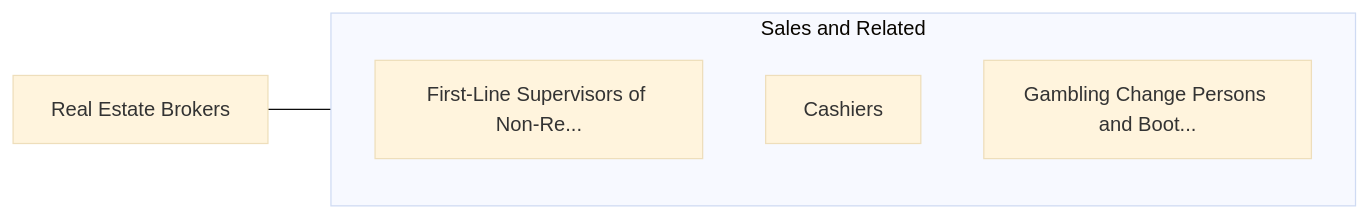
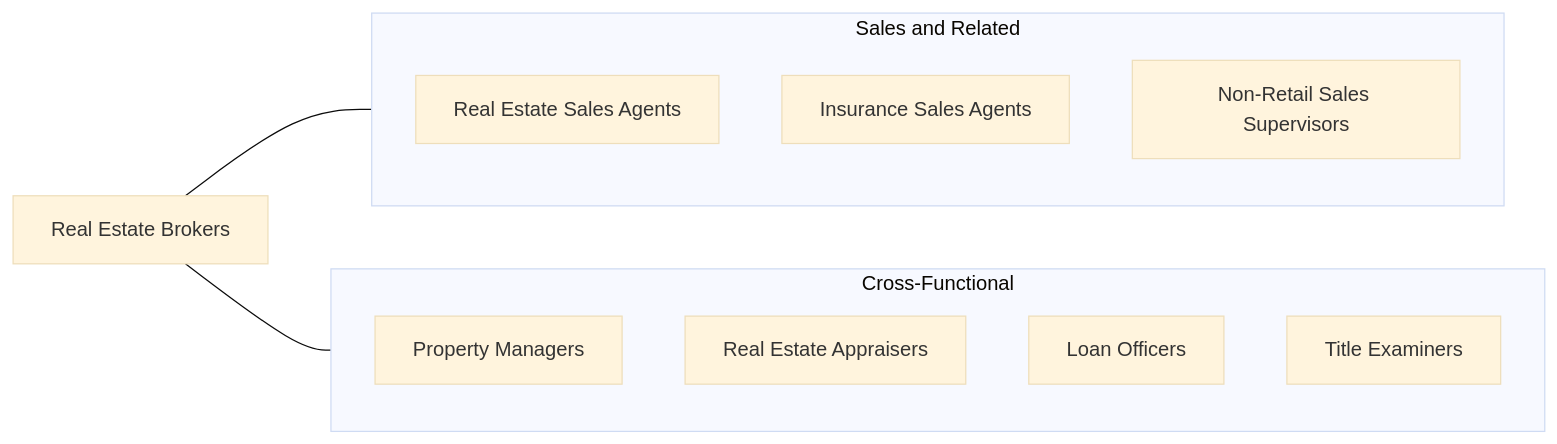
One commit to kziemski/business.org.ai changed the fourth of 4 diagrams in occupations/Sales/RealEstateBrokers.mdx. Above: the diagram before and after it, drawn with Mermaid (base theme). The commit also changed other lines of this file and 938 other files, not shown here.

````diff
--- a/occupations/Sales/RealEstateBrokers.mdx
+++ b/occupations/Sales/RealEstateBrokers.mdx
@@ -102,13 +169,20 @@
 ```mermaid
 graph LR
     Current["Real Estate Brokers"]
 
     subgraph SameCategory["Sales and Related"]
-        FirstLineSupervisors["First-Line Supervisors of Retail..."]
-        FirstLineSupervisors["First-Line Supervisors of Non-Re..."]
-        Cashiers["Cashiers"]
-        GamblingChangePerson["Gambling Change Persons and Boot..."]
+        REAgents["Real Estate Sales Agents"]
+        InsuranceSales["Insurance Sales Agents"]
+        NonRetailSup["Non-Retail Sales Supervisors"]
+    end
+
+    subgraph CrossFunctional["Cross-Functional"]
+        PropertyMgr["Property Managers"]
+        Appraisers["Real Estate Appraisers"]
+        LoanOfficers["Loan Officers"]
+        TitleExaminers["Title Examiners"]
     end
 
     Current --- SameCategory
+    Current --- CrossFunctional
 ```
````
